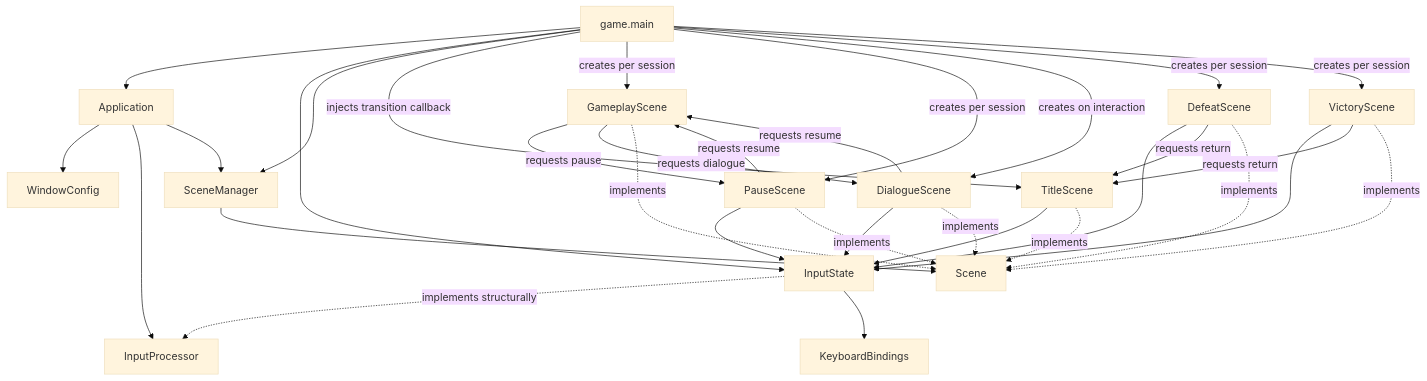
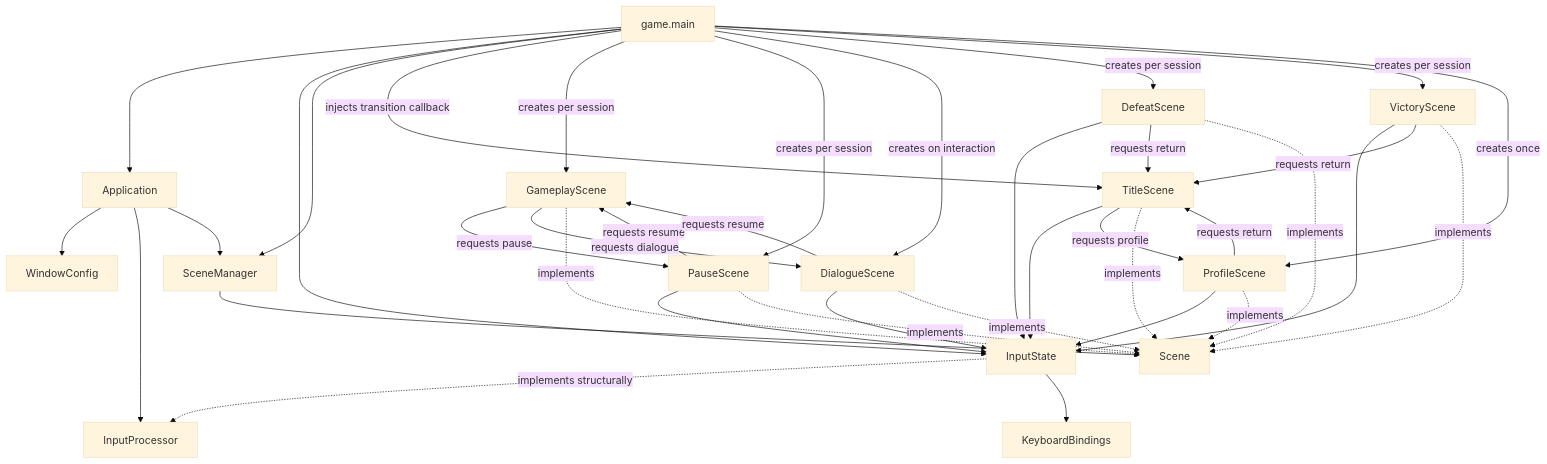
One commit to VincentMardon/my_first_adventure_game changed the first of 3 diagrams in docs/architecture/overview.md. Above: the diagram before and after it, drawn with Mermaid (base theme). The commit also changed other lines of this file and 16 other files, not shown here.

````diff
--- a/docs/architecture/overview.md
+++ b/docs/architecture/overview.md
@@ -240,53 +246,59 @@
 ```mermaid
 flowchart TD
     GameMain["game.main"]
     Application["Application"]
     WindowConfig["WindowConfig"]
     InputProcessor["InputProcessor"]
     InputState["InputState"]
     KeyboardBindings["KeyboardBindings"]
     SceneManager["SceneManager"]
     Scene["Scene"]
     TitleScene["TitleScene"]
     GameplayScene["GameplayScene"]
     PauseScene["PauseScene"]
     DialogueScene["DialogueScene"]
     DefeatScene["DefeatScene"]
     VictoryScene["VictoryScene"]
+    ProfileScene["ProfileScene"]
 
     GameMain --> Application
     GameMain --> InputState
     GameMain --> SceneManager
     GameMain -->|"injects transition callback"| TitleScene
     GameMain -->|"creates per session"| GameplayScene
     GameMain -->|"creates per session"| PauseScene
     GameMain -->|"creates on interaction"| DialogueScene
     GameMain -->|"creates per session"| DefeatScene
     GameMain -->|"creates per session"| VictoryScene
+    GameMain -->|"creates once"| ProfileScene
 
     Application --> WindowConfig
     Application --> InputProcessor
     Application --> SceneManager
 
     TitleScene --> InputState
     GameplayScene -->|"requests pause"| PauseScene
     PauseScene --> InputState
     PauseScene -->|"requests resume"| GameplayScene
     GameplayScene -->|"requests dialogue"| DialogueScene
     DialogueScene --> InputState
     DialogueScene -->|"requests resume"| GameplayScene
     DefeatScene --> InputState
     DefeatScene -->|"requests return"| TitleScene
     VictoryScene --> InputState
     VictoryScene -->|"requests return"| TitleScene
+    TitleScene -->|"requests profile"| ProfileScene
+    ProfileScene --> InputState
+    ProfileScene -->|"requests return"| TitleScene
 
     InputState -. "implements structurally" .-> InputProcessor
     InputState --> KeyboardBindings
     SceneManager --> Scene
     TitleScene -. "implements" .-> Scene
     GameplayScene -. "implements" .-> Scene
     PauseScene -. "implements" .-> Scene
     DialogueScene -. "implements" .-> Scene
     DefeatScene -. "implements" .-> Scene
     VictoryScene -. "implements" .-> Scene
+    ProfileScene -. "implements" .-> Scene
 ```
````
